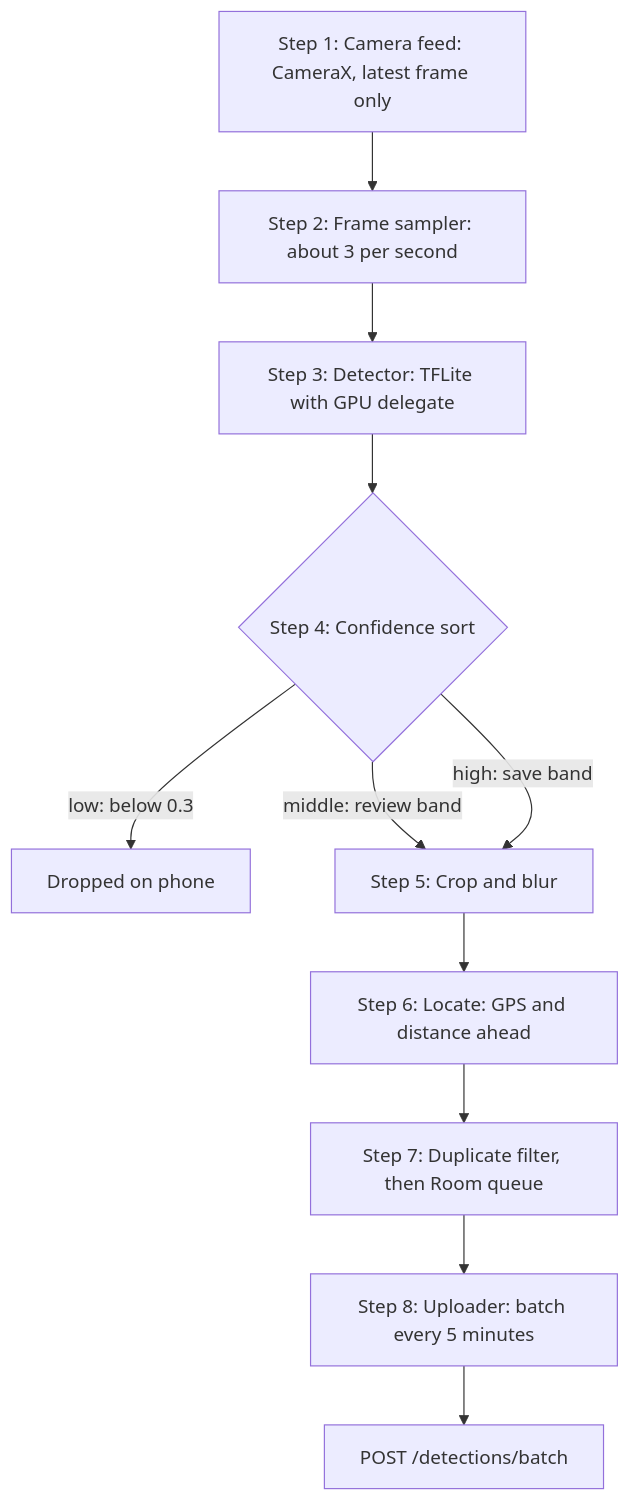
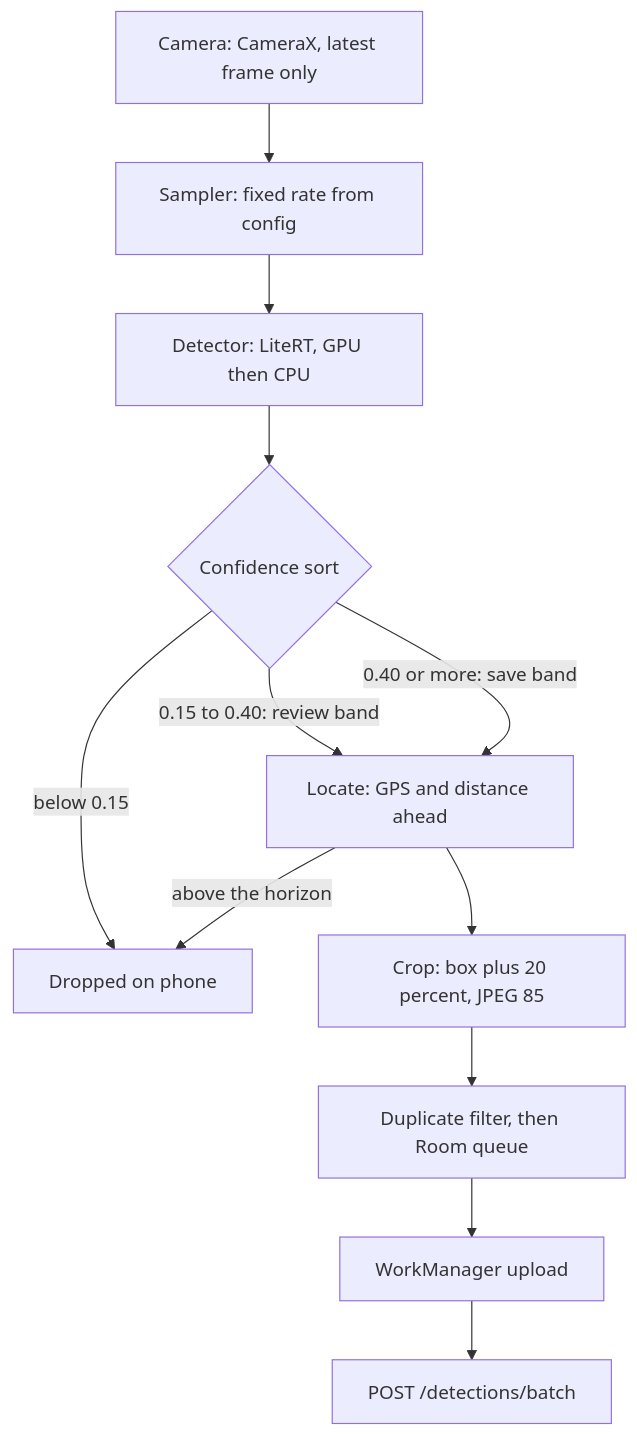
One commit to lloonnn/BirdEyeV33 changed the second of 3 diagrams in docs/architecture.md. Above: the diagram before and after it, drawn with Mermaid. The commit also changed other lines of this file and 16 other files, not shown here.

Commit message:
docs: untrack local files and match api-contract, architecture and faq to the code

````diff
--- a/docs/architecture.md
+++ b/docs/architecture.md
@@ -85,13 +75,14 @@
 ```mermaid
 flowchart TD
-    A["Step 1: Camera feed: CameraX, latest frame only"] --> B["Step 2: Frame sampler: about 3 per second"]
-    B --> C["Step 3: Detector: TFLite with GPU delegate"]
-    C --> D{"Step 4: Confidence sort"}
-    D -->|"low: below 0.3"| X["Dropped on phone"]
-    D -->|"middle: review band"| E["Step 5: Crop and blur"]
-    D -->|"high: save band"| E
-    E --> F["Step 6: Locate: GPS and distance ahead"]
-    F --> G["Step 7: Duplicate filter, then Room queue"]
-    G --> H["Step 8: Uploader: batch every 5 minutes"]
-    H --> I["POST /detections/batch"]
+    A["Camera: CameraX, latest frame only"] --> B["Sampler: fixed rate from config"]
+    B --> C["Detector: LiteRT, GPU then CPU"]
+    C --> D{"Confidence sort"}
+    D -->|"below 0.15"| X["Dropped on phone"]
+    D -->|"0.15 to 0.40: review band"| F["Locate: GPS and distance ahead"]
+    D -->|"0.40 or more: save band"| F
+    F -->|"above the horizon"| X
+    F --> G["Crop: box plus 20 percent, JPEG 85"]
+    G --> H["Duplicate filter, then Room queue"]
+    H --> I["WorkManager upload"]
+    I --> J["POST /detections/batch"]
 ```
````
